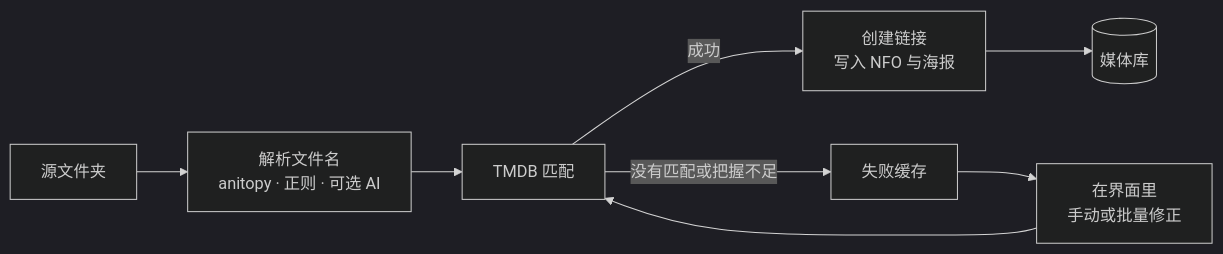
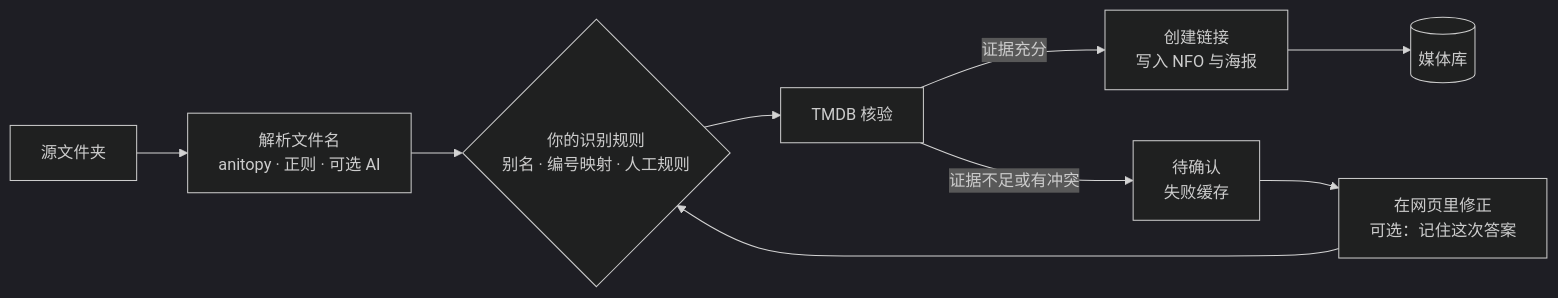
One commit to gegd19/AnimeMan changed the diagram in README.md. Above: the diagram before and after it, drawn with Mermaid (dark theme). The commit also changed other lines of this file and 12 other files, not shown here.

````diff
--- a/README.md
+++ b/README.md
@@ -64,10 +59,11 @@
 ```mermaid
 flowchart LR
     A["源文件夹"] --> B["解析文件名<br/>anitopy · 正则 · 可选 AI"]
-    B --> C["TMDB 匹配"]
-    C -- 成功 --> D["创建链接<br/>写入 NFO 与海报"]
+    B --> R{"你的识别规则<br/>别名 · 编号映射 · 人工规则"}
+    R --> C["TMDB 核验"]
+    C -- 证据充分 --> D["创建链接<br/>写入 NFO 与海报"]
     D --> E[("媒体库")]
-    C -- 没有匹配或把握不足 --> F["失败缓存"]
-    F --> G["在界面里<br/>手动或批量修正"]
-    G --> C
+    C -- 证据不足或有冲突 --> F["待确认<br/>失败缓存"]
+    F --> G["在网页里修正<br/>可选：记住这次答案"]
+    G --> R
 ```
````
